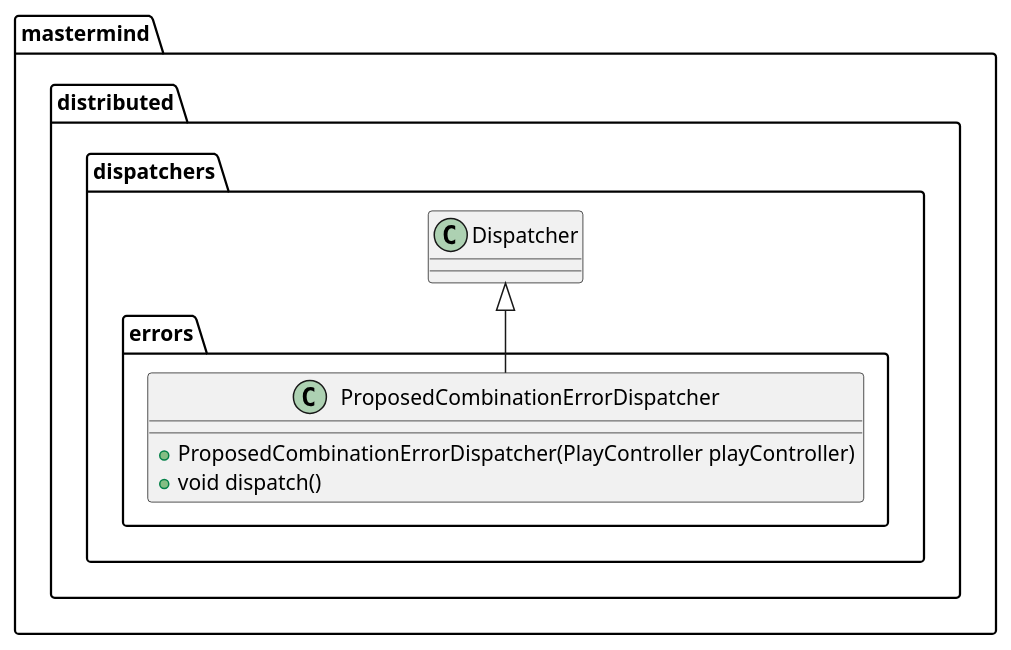
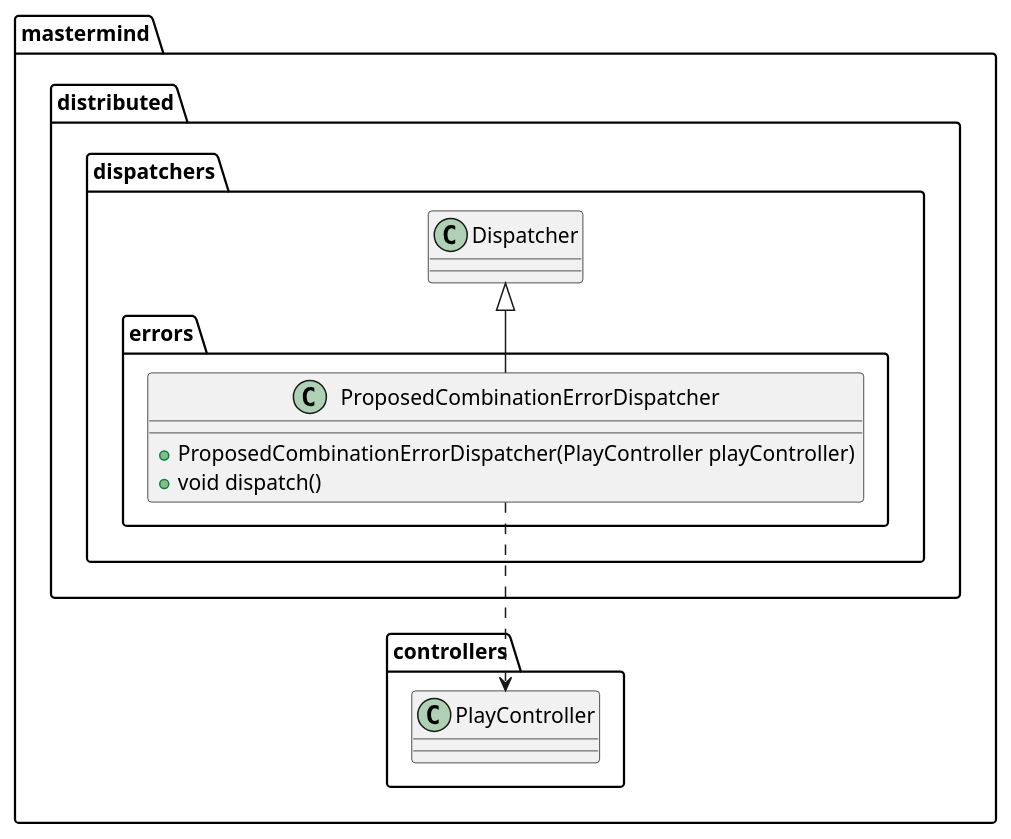
The diagram in docs/sources/paqueteMastermindDistributedDispatchersErrors.iuml (jprieto92/mastermindClientServer), drawn with PlantUML before and after one commit. The commit also changed 9 other files, not shown here.

Commit message:
Update some UML diagrams with use relationships

```diff
--- a/docs/sources/paqueteMastermindDistributedDispatchersErrors.iuml
+++ b/docs/sources/paqueteMastermindDistributedDispatchersErrors.iuml
@@ -1,7 +1,9 @@
 @startuml
 class mastermind.distributed.dispatchers.errors.ProposedCombinationErrorDispatcher [[java:jprieto.mastermind.distributed.dispatchers.errors.ProposedCombinationErrorDispatcher]] {
 	+ProposedCombinationErrorDispatcher(PlayController playController)
 	+void dispatch()
 }
 mastermind.distributed.dispatchers.Dispatcher <|-- mastermind.distributed.dispatchers.errors.ProposedCombinationErrorDispatcher
+mastermind.distributed.dispatchers.errors.ProposedCombinationErrorDispatcher ..> mastermind.controllers.PlayController
+
 @enduml
```
